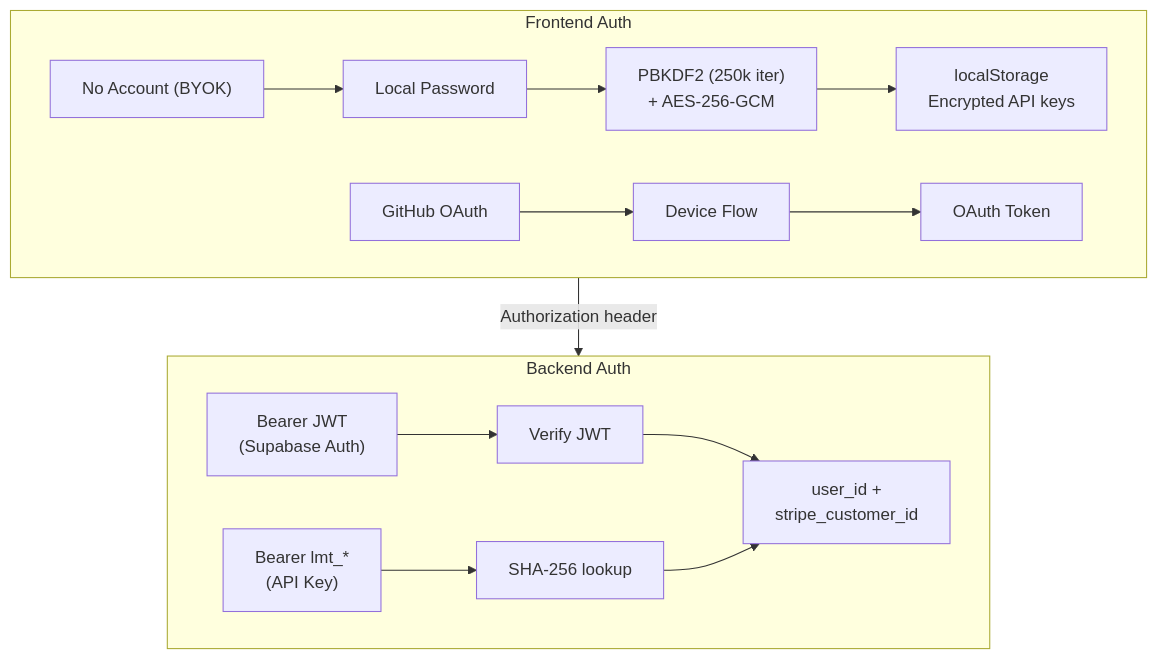
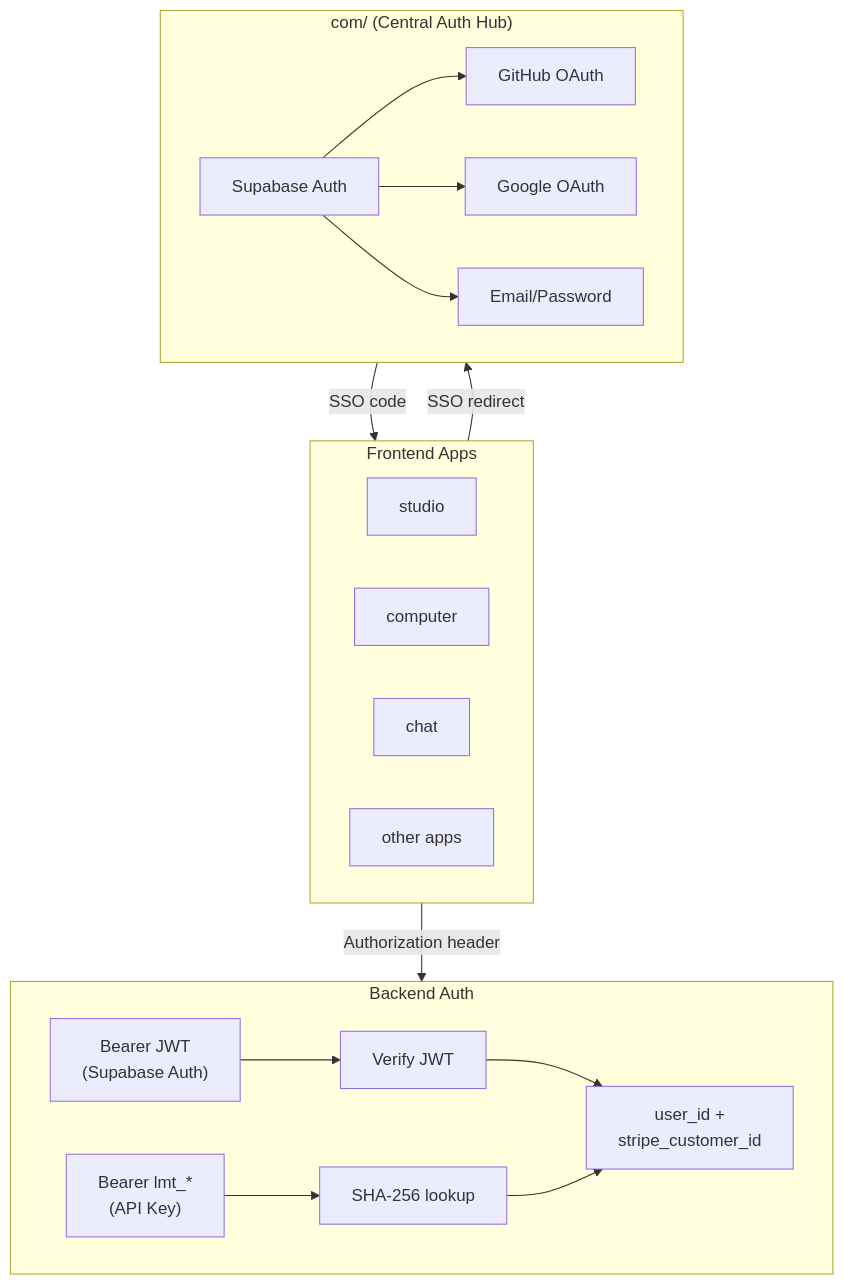
Before and after one commit to lmthing/lmthing: the fifth of 7 diagrams in CLAUDE.md, drawn with Mermaid. The commit also changed other lines of this file and 26 other files, not shown here.

````diff
--- a/CLAUDE.md
+++ b/CLAUDE.md
@@ -275,23 +283,32 @@
 ```mermaid
 flowchart TD
-    subgraph Frontend["Frontend Auth"]
-        NoAccount["No Account (BYOK)"]
-        NoAccount --> LP["Local Password"]
-        LP --> PBKDF2["PBKDF2 (250k iter)<br/>+ AES-256-GCM"]
-        PBKDF2 --> LS["localStorage<br/>Encrypted API keys"]
-        GH["GitHub OAuth"]
-        GH --> DeviceFlow["Device Flow"]
-        DeviceFlow --> Token["OAuth Token"]
+    subgraph Apps["Frontend Apps"]
+        Studio["studio"]
+        Computer["computer"]
+        Chat["chat"]
+        Other["other apps"]
+    end
+
+    subgraph Com["com/ (Central Auth Hub)"]
+        Supabase["Supabase Auth"]
+        GitHub["GitHub OAuth"]
+        Google["Google OAuth"]
+        Email["Email/Password"]
+        Supabase --> GitHub
+        Supabase --> Google
+        Supabase --> Email
     end
 
     subgraph Backend["Backend Auth"]
         JWT["Bearer JWT<br/>(Supabase Auth)"]
         APIKey["Bearer lmt_*<br/>(API Key)"]
         JWT --> Verify["Verify JWT"]
         APIKey --> Hash["SHA-256 lookup"]
         Verify --> UserID["user_id +<br/>stripe_customer_id"]
         Hash --> UserID
     end
 
-    Frontend -- "Authorization header" --> Backend
+    Apps -- "SSO redirect" --> Com
+    Com -- "SSO code" --> Apps
+    Apps -- "Authorization header" --> Backend
 ```
````
